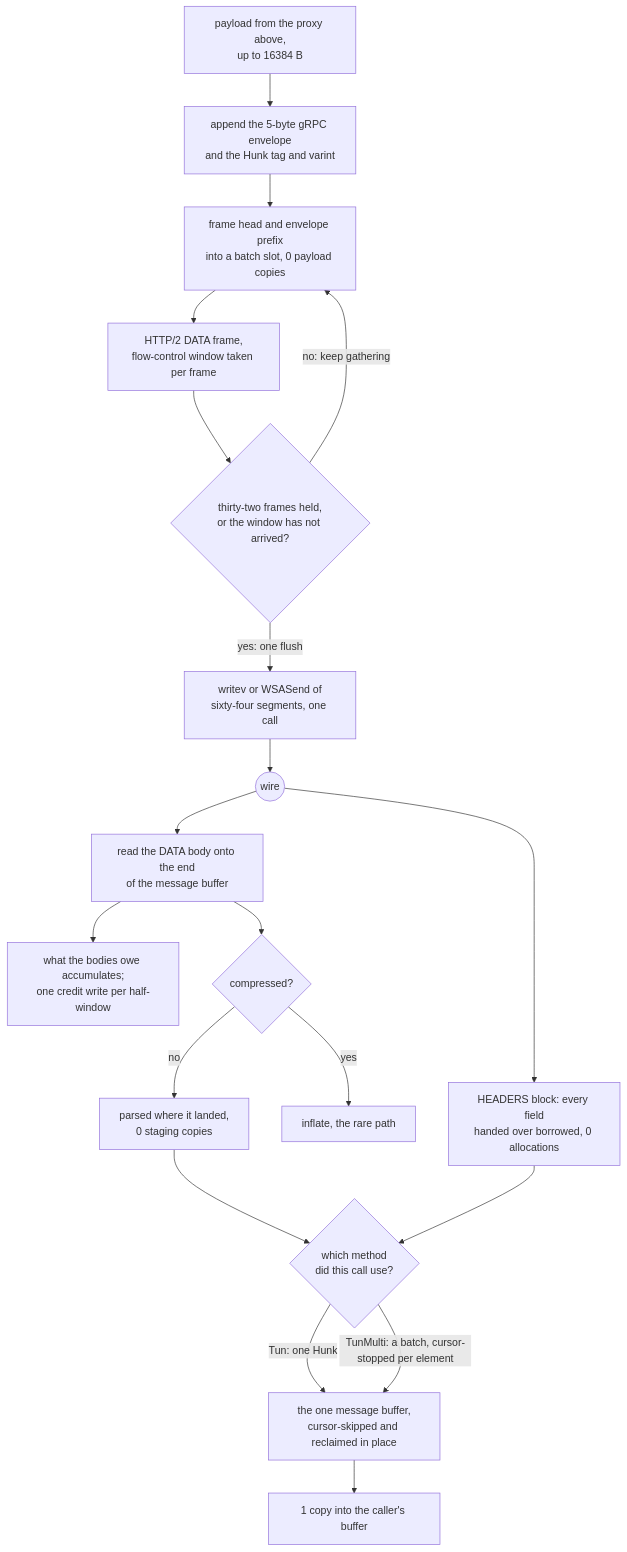
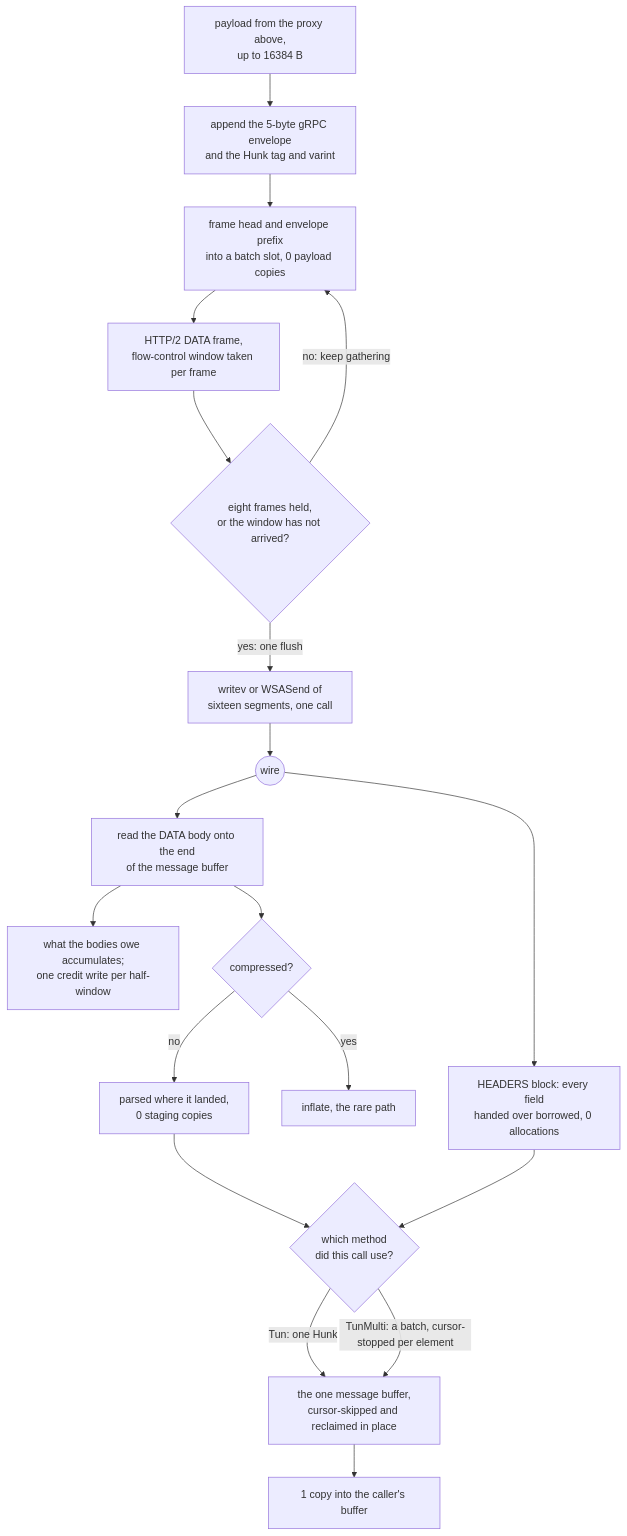
Before and after one commit to Ferrocite/ferrox: the diagram in docs/function/carrier-grpc.md, drawn with Mermaid. The commit also changed other lines of this file and 7 other files, not shown here.

````diff
--- a/docs/function/carrier-grpc.md
+++ b/docs/function/carrier-grpc.md
@@ -15,21 +15,21 @@
 ```mermaid
 graph TD
     A["payload from the proxy above,<br/>up to 16384 B"] --> B["append the 5-byte gRPC envelope<br/>and the Hunk tag and varint"]
     B --> C["frame head and envelope prefix<br/>into a batch slot, 0 payload copies"]
     C --> D["HTTP/2 DATA frame,<br/>flow-control window taken per frame"]
-    D --> P{"thirty-two frames held,<br/>or the window has not arrived?"}
+    D --> P{"eight frames held,<br/>or the window has not arrived?"}
     P -- "no: keep gathering" --> C
-    P -- "yes: one flush" --> Q["writev or WSASend of<br/>sixty-four segments, one call"]
+    P -- "yes: one flush" --> Q["writev or WSASend of<br/>sixteen segments, one call"]
     Q --> E(("wire"))
     E --> F["read the DATA body onto the end<br/>of the message buffer"]
     E --> L["HEADERS block: every field<br/>handed over borrowed, 0 allocations"]
     F --> N["what the bodies owe accumulates;<br/>one credit write per half-window"]
     F --> G{"compressed?"}
     G -- no --> H["parsed where it landed,<br/>0 staging copies"]
     G -- yes --> I["inflate, the rare path"]
     H --> M{"which method<br/>did this call use?"}
     L --> M
     M -- "Tun: one Hunk" --> J
     M -- "TunMulti: a batch, cursor-stopped per element" --> J["the one message buffer,<br/>cursor-skipped and reclaimed in place"]
     J --> K["1 copy into the caller's buffer"]
 ```
````
